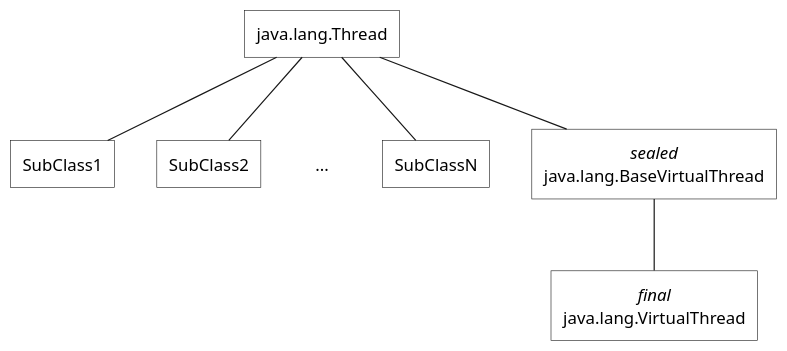
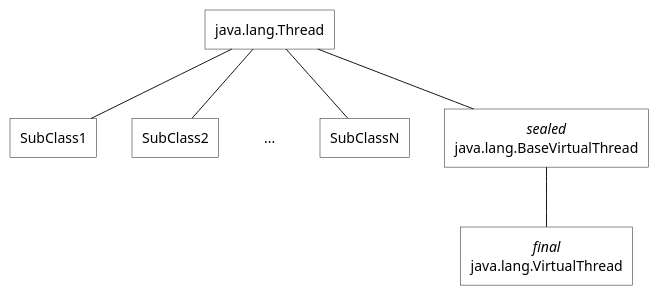
The diagram in images/thread_class_diagram.puml (ti-cortex-m4/demo-java-virtual-threads2), drawn with PlantUML before and after one commit. The commit also changed 3 other files, not shown here.

```diff
--- a/images/thread_class_diagram.puml
+++ b/images/thread_class_diagram.puml
@@ -1,36 +1,36 @@
 @startuml
 
-scale 1.2
+scale 1.0
 
 <style>
     card {
         LineColor transparent
     }
 }
 </style>
 
 skinparam {
     defaultTextAlignment center
     roundCorner 0
     CardBackgroundColor transparent
     RectangleBackgroundColor transparent
     RectangleFontName Source Sans Pro
     RectangleFontStyle normal
 }
 
 rectangle "java.lang.Thread" as Thread
 rectangle SubClass1
 rectangle SubClass2
 card "..." as SubClass3
 rectangle SubClassN
 rectangle "<i>sealed</i>\njava.lang.BaseVirtualThread" as BaseVirtualThread
 rectangle "<i>final</i>\njava.lang.VirtualThread" as VirtualThread
 
 Thread -down- SubClass1
 Thread -down- SubClass2
 Thread -down[hidden]- SubClass3
 Thread -down- SubClassN
 Thread -down- BaseVirtualThread
 BaseVirtualThread -down- VirtualThread
 
 @enduml
```
